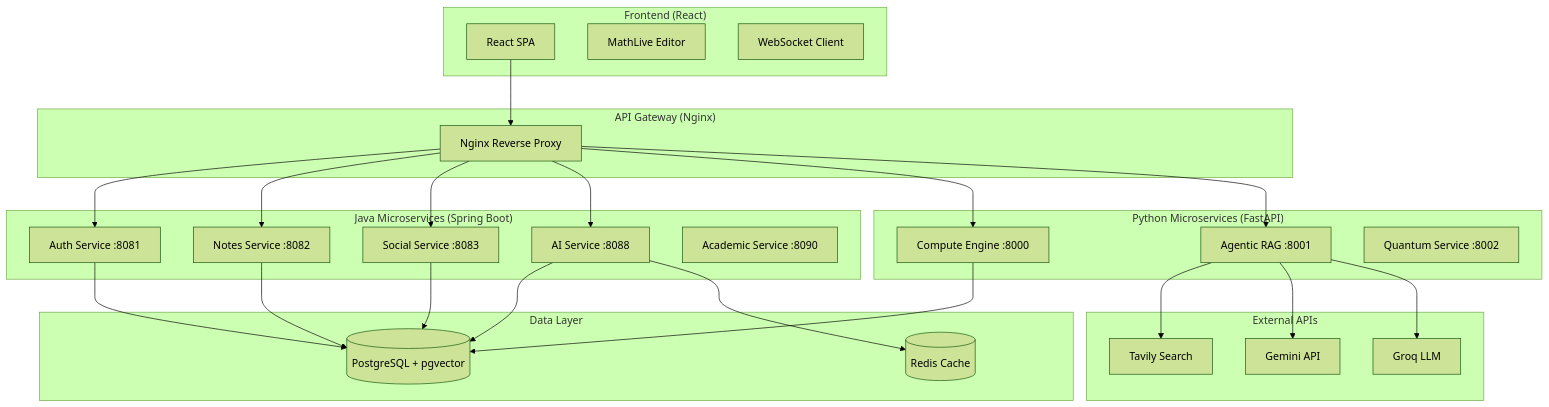
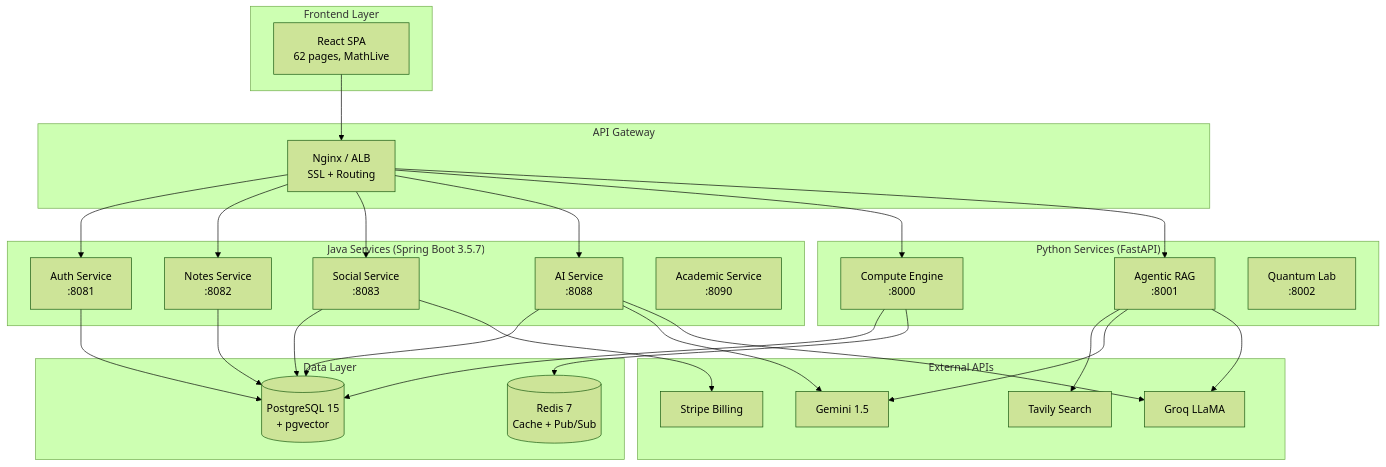
The first of 7 diagrams in ILAI_Architecture_Blueprint.md (prasanth-alaparthi/ilai-001), drawn with Mermaid (forest theme) before and after one commit. The commit also changed other lines of this file and 81 other files, not shown here.

````diff
--- a/ILAI_Architecture_Blueprint.md
+++ b/ILAI_Architecture_Blueprint.md
@@ -20,44 +27,44 @@
 ```mermaid
 graph TB
-    subgraph "Frontend (React)"
-        UI[React SPA]
-        ML[MathLive Editor]
-        WS[WebSocket Client]
+    subgraph "Frontend Layer"
+        FE[React SPA<br/>62 pages, MathLive]
     end
     
-    subgraph "API Gateway (Nginx)"
-        NG[Nginx Reverse Proxy]
+    subgraph "API Gateway"
+        NG[Nginx / ALB<br/>SSL + Routing]
     end
     
-    subgraph "Java Microservices (Spring Boot)"
-        AUTH[Auth Service :8081]
-        NOTES[Notes Service :8082]
-        SOCIAL[Social Service :8083]
-        AI[AI Service :8088]
-        ACAD[Academic Service :8090]
+    subgraph "Java Services (Spring Boot 3.5.7)"
+        AUTH[Auth Service<br/>:8081]
+        NOTES[Notes Service<br/>:8082]
+        SOCIAL[Social Service<br/>:8083]
+        AI[AI Service<br/>:8088]
+        ACAD[Academic Service<br/>:8090]
     end
     
-    subgraph "Python Microservices (FastAPI)"
-        COMPUTE[Compute Engine :8000]
-        RAG[Agentic RAG :8001]
-        QUANTUM[Quantum Service :8002]
+    subgraph "Python Services (FastAPI)"
+        COMPUTE[Compute Engine<br/>:8000]
+        RAG[Agentic RAG<br/>:8001]
+        QUANTUM[Quantum Lab<br/>:8002]
     end
     
     subgraph "Data Layer"
-        PG[(PostgreSQL + pgvector)]
-        REDIS[(Redis Cache)]
+        PG[(PostgreSQL 15<br/>+ pgvector)]
+        REDIS[(Redis 7<br/>Cache + Pub/Sub)]
     end
     
     subgraph "External APIs"
+        GEMINI[Gemini 1.5]
+        GROQ[Groq LLaMA]
         TAVILY[Tavily Search]
-        GEMINI[Gemini API]
-        GROQ[Groq LLM]
+        STRIPE[Stripe Billing]
     end
     
-    UI --> NG
+    FE --> NG
     NG --> AUTH & NOTES & SOCIAL & AI & COMPUTE & RAG
     AUTH & NOTES & SOCIAL & AI --> PG
-    COMPUTE --> PG
+    COMPUTE --> PG & REDIS
     RAG --> TAVILY & GEMINI & GROQ
-    AI --> REDIS
+    SOCIAL --> STRIPE
+    AI --> GEMINI & GROQ
 ```
````
